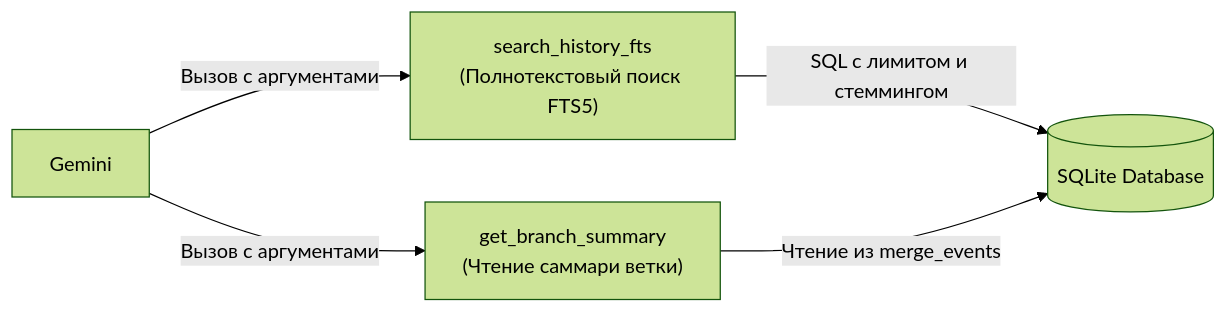
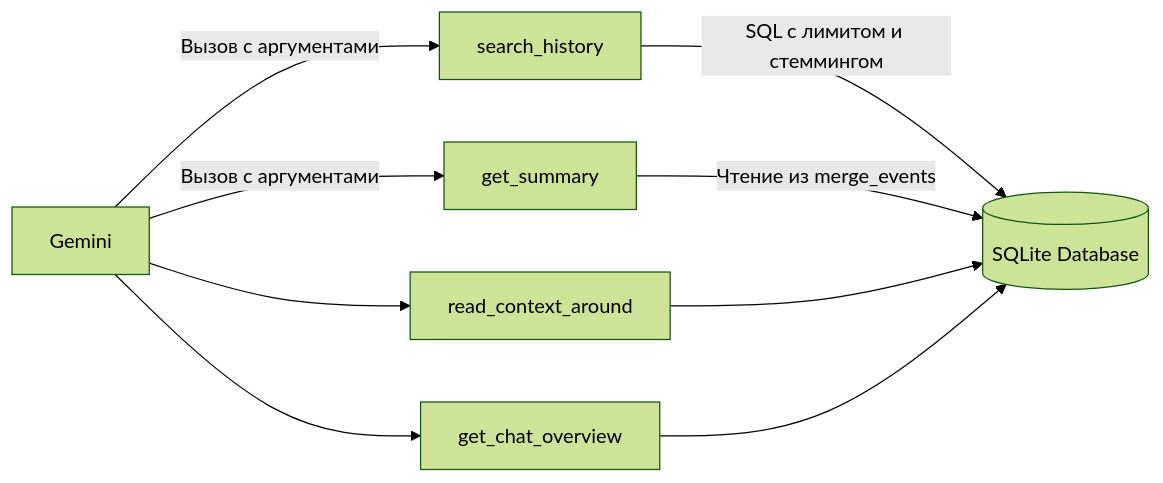
Before and after one commit to Curr3ncyV01D/exocortex: the third of 5 diagrams in docs/SPEC.md, drawn with Mermaid (forest theme). The commit also changed other lines of this file and 8 other files, not shown here.

First line of the commit message:
feat(memory): add context navigation and chat overview

````diff
--- a/docs/SPEC.md
+++ b/docs/SPEC.md
@@ -391,12 +391,18 @@
 ```mermaid
 flowchart LR
     LLM["Gemini"]
-    T1["search_history_fts\n(Полнотекстовый поиск FTS5)"]
-    T2["get_branch_summary\n(Чтение саммари ветки)"]
+    T1["search_history"]
+    T2["get_summary"]
+    T3["read_context_around"]
+    T4["get_chat_overview"]
     DB[("SQLite Database")]
 
     LLM -->|Вызов с аргументами| T1
     LLM -->|Вызов с аргументами| T2
+    LLM --> T3
+    LLM --> T4
     T1 -->|SQL с лимитом и стеммингом| DB
     T2 -->|Чтение из merge_events| DB
+    T3 --> DB
+    T4 --> DB
 ```
````
